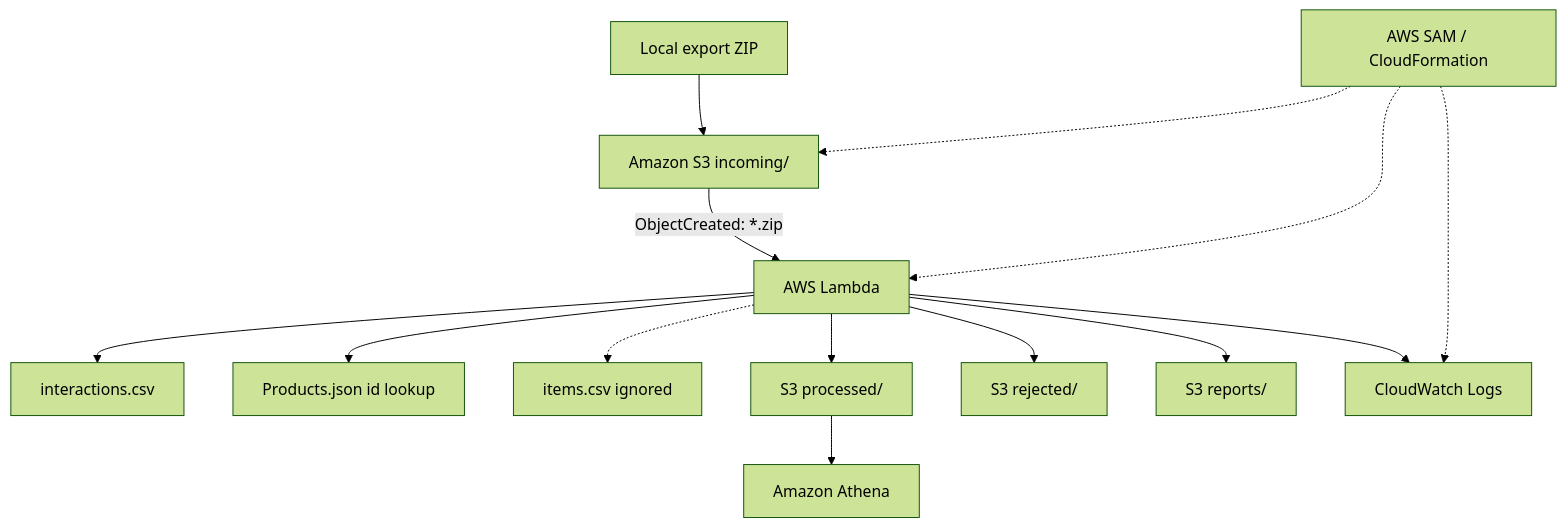
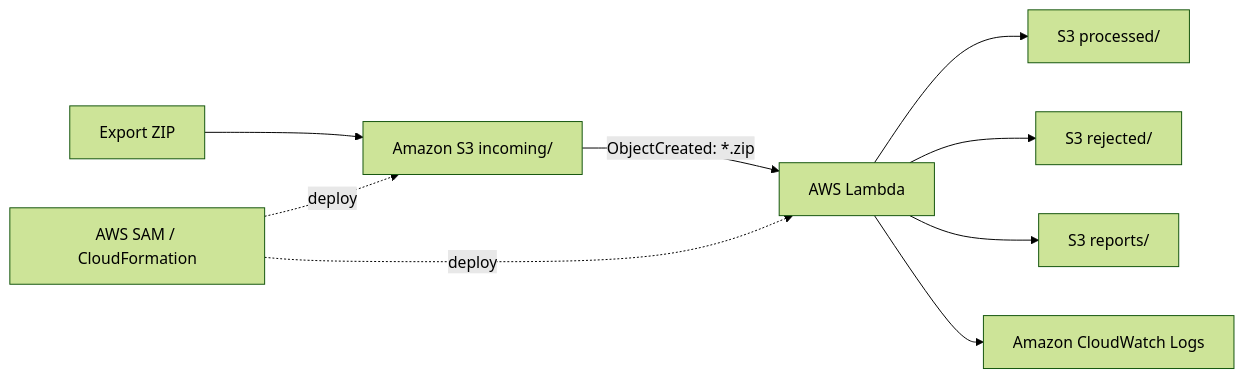
One commit to ZanhZoker/ecommerce-interactions-pipeline changed the diagram in README.md. Above: the diagram before and after it, drawn with Mermaid (forest theme). The commit also changed other lines of this file, not shown here.

Commit message:
Update README with verified AWS deployment

````diff
--- a/README.md
+++ b/README.md
@@ -53,16 +52,11 @@
 ```mermaid
-flowchart TD
-    A["Local export ZIP"] --> B["Amazon S3 incoming/"]
-    B -->|"ObjectCreated: *.zip"| C["AWS Lambda"]
-    C --> D["interactions.csv"]
-    C --> E["Products.json id lookup"]
-    C -.-> F["items.csv ignored"]
-    C --> G["S3 processed/"]
-    C --> H["S3 rejected/"]
-    C --> I["S3 reports/"]
-    G --> J["Amazon Athena"]
-    C --> K["CloudWatch Logs"]
-    L["AWS SAM / CloudFormation"] -.-> B
-    L -.-> C
-    L -.-> K
+flowchart LR
+    A[Export ZIP] --> B[Amazon S3 incoming/]
+    B -->|ObjectCreated: *.zip| C[AWS Lambda]
+    C --> D[S3 processed/]
+    C --> E[S3 rejected/]
+    C --> F[S3 reports/]
+    C --> G[Amazon CloudWatch Logs]
+    H[AWS SAM / CloudFormation] -. deploy .-> B
+    H -. deploy .-> C
 ```
````
